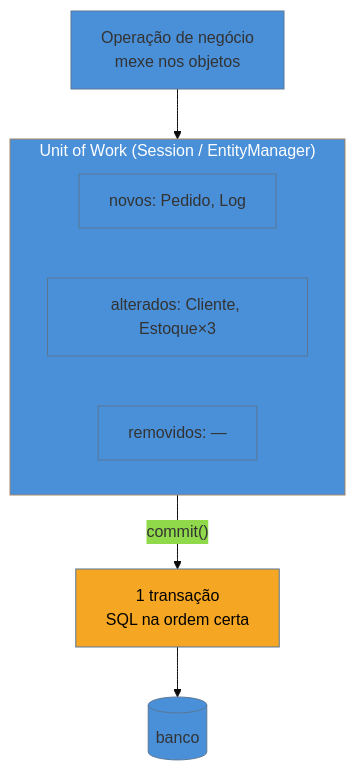
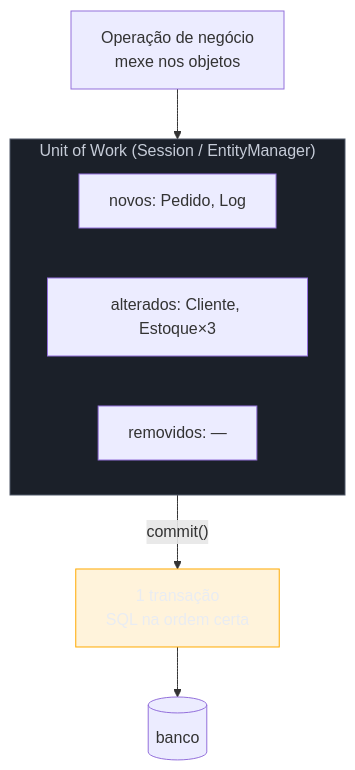
Before and after one commit to josenaldo/codex-technomanticus: the diagram in 03-Dominios/Engenharia/Design de Software/Padrões de Projeto/Acesso a Dados/10 - Unit of Work.md, drawn with Mermaid. The commit also changed 1181 other files, not shown here.

First line of the commit message:
fix(diagramas): paleta do sistema no lugar de cor cravada no markdown

````diff
--- a/03-Dominios/Engenharia/Design de Software/Padrões de Projeto/Acesso a Dados/10 - Unit of Work.md
+++ b/03-Dominios/Engenharia/Design de Software/Padrões de Projeto/Acesso a Dados/10 - Unit of Work.md
@@ -34,15 +34,16 @@
 ```mermaid
-%%{init: {"theme": "base", "themeVariables": {"primaryColor": "#4A90D9"}}}%%
 graph TD
+    classDef neutro fill:#1B2029,stroke:#4E5666,color:#C6CCD8
+    classDef destaque fill:#FFAA0024,stroke:#FFAA00,color:#E9ECF2
     subgraph UoW["Unit of Work (Session / EntityManager)"]
         N["novos: Pedido, Log"]
         D["alterados: Cliente, Estoque×3"]
         R["removidos: —"]
     end
     OP["Operação de negócio<br/>mexe nos objetos"] --> UoW
     UoW -->|"commit()"| TX["1 transação<br/>SQL na ordem certa"]
     TX --> DB[("banco")]
 
-    style UoW fill:#4A90D9,color:#fff
-    style TX fill:#F5A623,color:#000
+    class UoW neutro
+    class TX destaque
 ```
````
